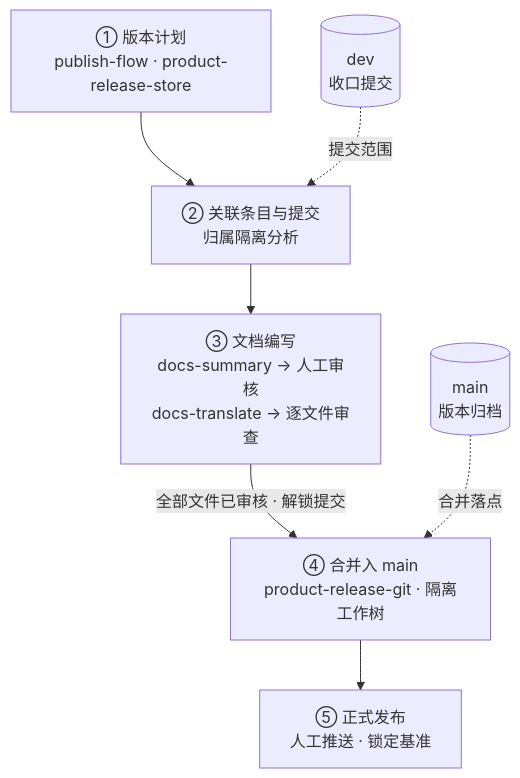
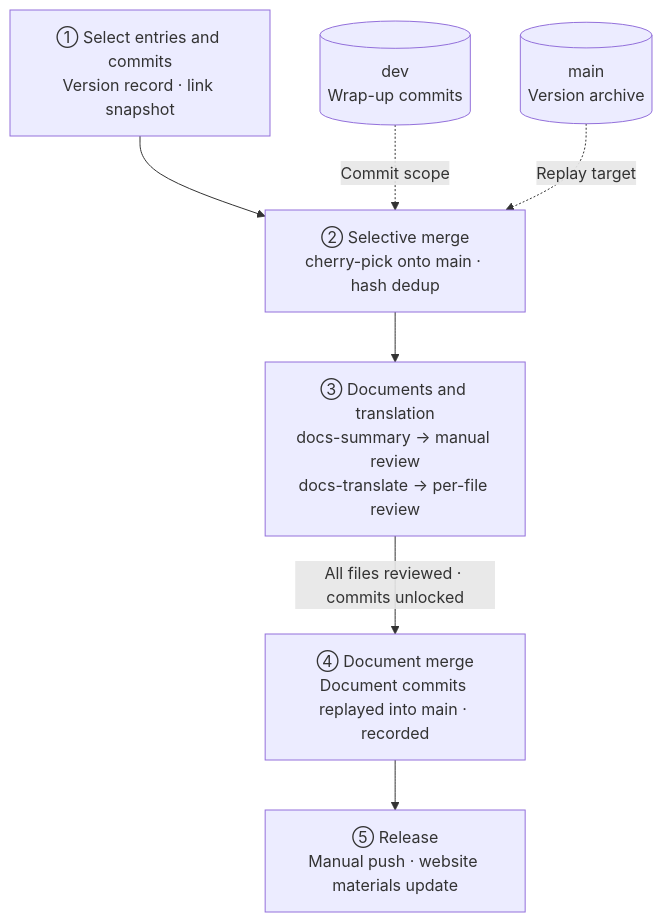
One commit to adichou/agent-team-board changed the third of 4 diagrams in DESIGN_en.md. Above: the diagram before and after it, drawn with Mermaid. The commit also changed other lines of this file and 11 other files, not shown here.

````diff
--- a/DESIGN_en.md
+++ b/DESIGN_en.md
@@ -135,10 +137,10 @@
 ```mermaid
 flowchart TB
-    A["① 版本计划<br/>publish-flow · product-release-store"] --> B["② 关联条目与提交<br/>归属隔离分析"]
-    B --> C["③ 文档编写<br/>docs-summary → 人工审核<br/>docs-translate → 逐文件审查"]
-    C -->|"全部文件已审核 · 解锁提交"| D["④ 合并入 main<br/>product-release-git · 隔离工作树"]
-    D --> E["⑤ 正式发布<br/>人工推送 · 锁定基准"]
+    A["① Select entries and commits<br/>Version record · link snapshot"] --> B["② Selective merge<br/>cherry-pick onto main · hash dedup"]
+    B --> C["③ Documents and translation<br/>docs-summary → manual review<br/>docs-translate → per-file review"]
+    C -->|"All files reviewed · commits unlocked"| D["④ Document merge<br/>Document commits replayed into main · recorded"]
+    D --> E["⑤ Release<br/>Manual push · website materials update"]
 
-    DEV[("dev<br/>收口提交")] -.->|"提交范围"| B
-    MAIN[("main<br/>版本归档")] -.->|"合并落点"| D
+    DEV[("dev<br/>Wrap-up commits")] -.->|"Commit scope"| B
+    MAIN[("main<br/>Version archive")] -.->|"Replay target"| B
 ```
````
